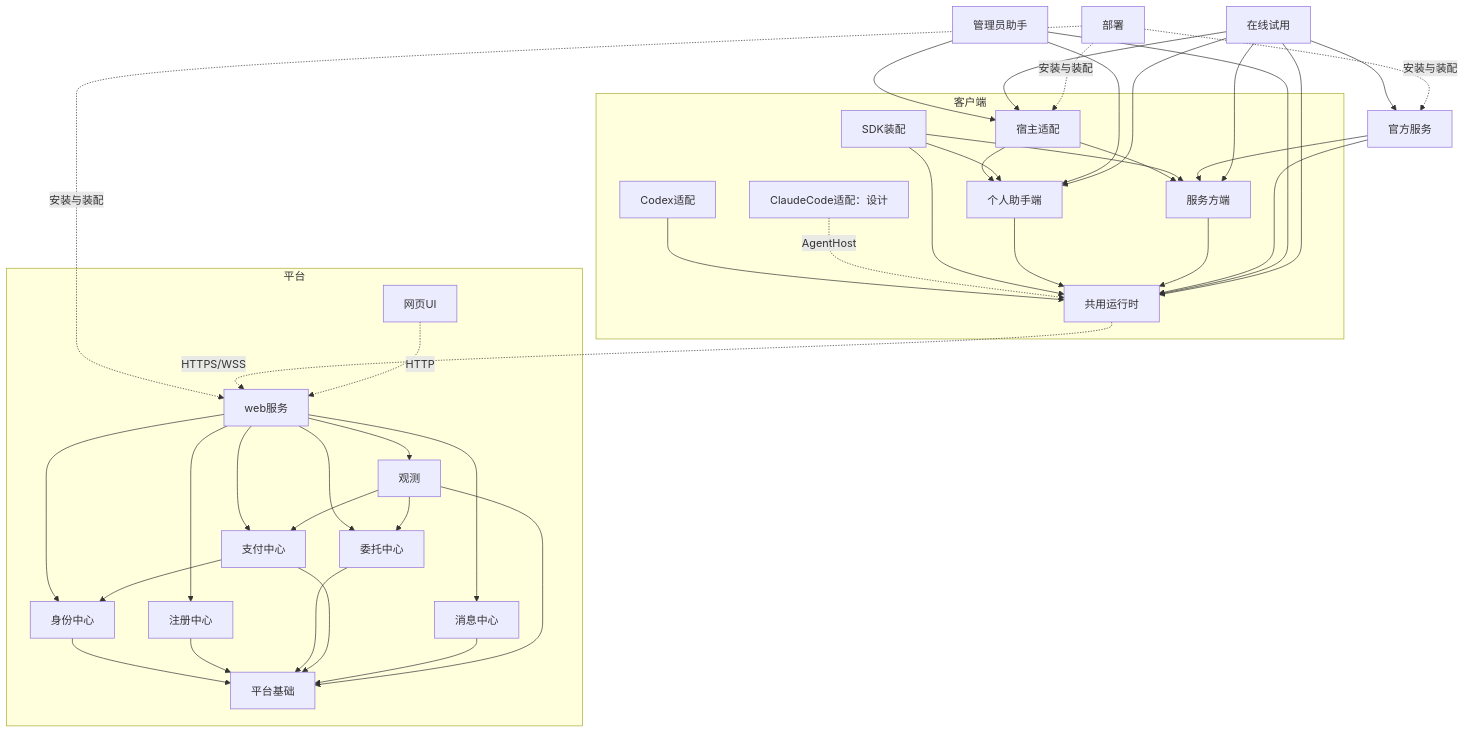
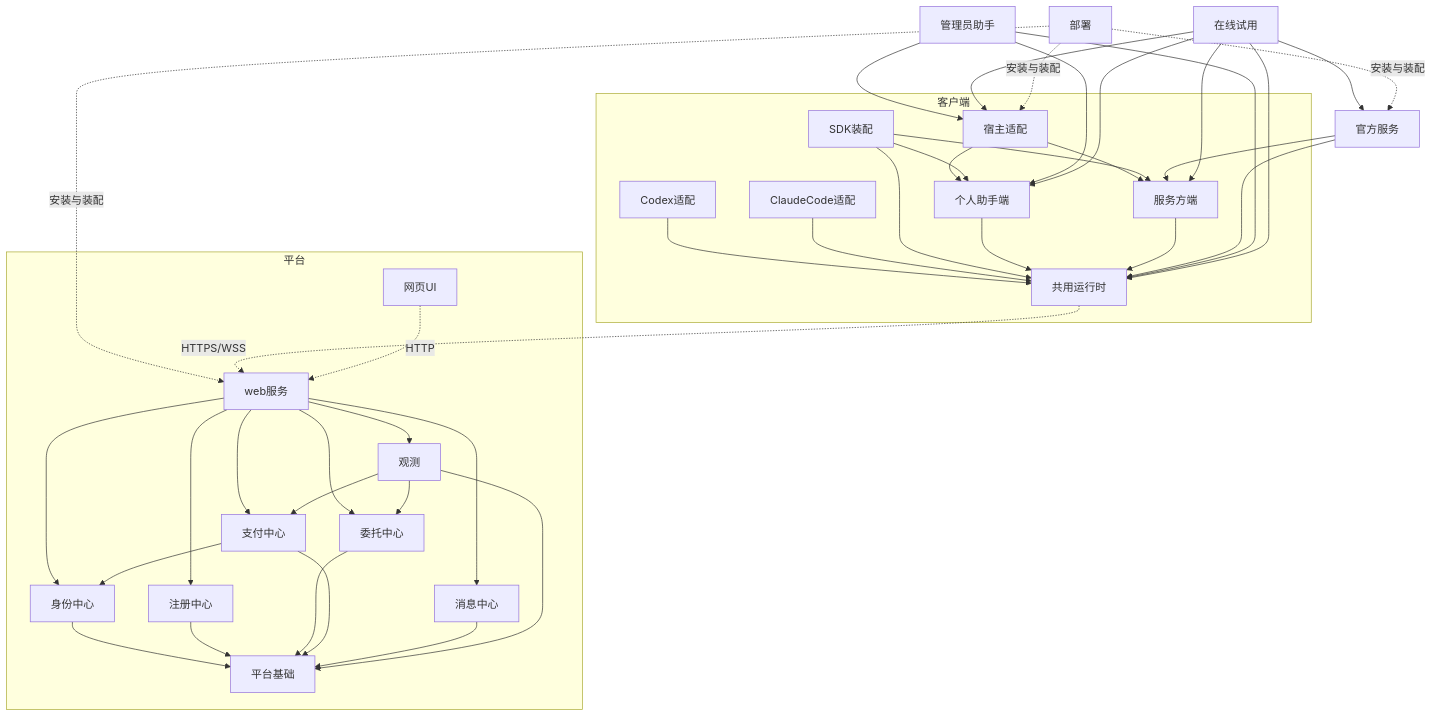
The diagram in 设计/架构.md (Weizheng96/Jiuwen-IoA-Lab), drawn with Mermaid before and after one commit. The commit also changed other lines of this file and 80 other files, not shown here.

````diff
--- a/设计/架构.md
+++ b/设计/架构.md
@@ -51,23 +51,23 @@
 ```mermaid
 flowchart TB
     subgraph C[客户端]
         H[宿主适配] --> A[个人助手端] & P[服务方端]
         CX[Codex适配] --> R
-        CL[ClaudeCode适配：设计] -. AgentHost .-> R
+        CL[ClaudeCode适配] --> R
         SA[SDK装配] --> A & P & R
         A --> R[共用运行时]
         P --> R
     end
     O[官方服务] --> P & R
     M[管理员助手] --> A & H & R
     T[在线试用] --> O & H & A & P & R
     Dep[部署] -. 安装与装配 .-> H & O & W
     R -. HTTPS/WSS .-> W
     subgraph S[平台]
         UI[网页UI] -. HTTP .-> W[web服务]
         W --> I[身份中心] & G[注册中心] & D[委托中心] & Pay[支付中心] & Msg[消息中心] & V[观测]
         V --> D & Pay
         Pay --> I
         I & G & D & Pay & Msg & V --> B[平台基础]
     end
 ```
````
